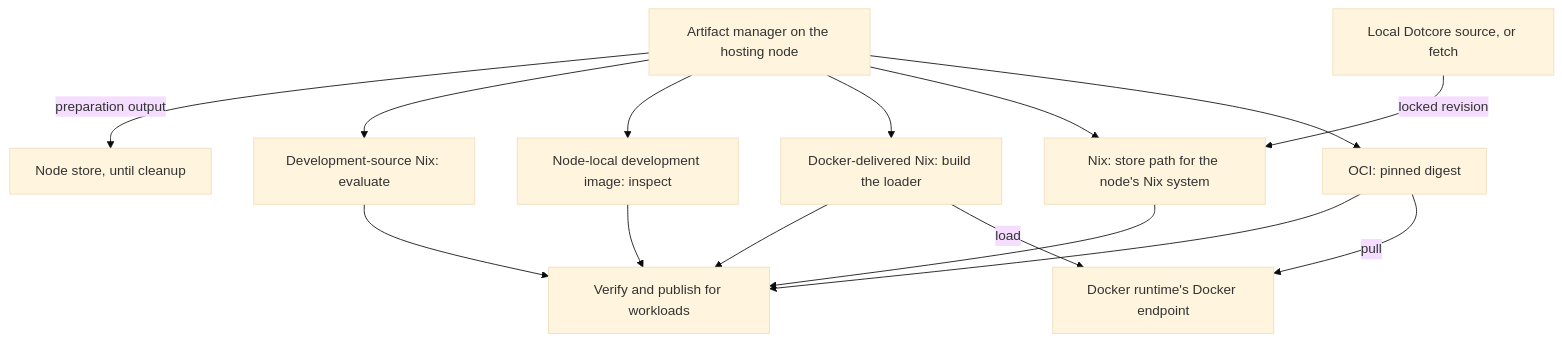
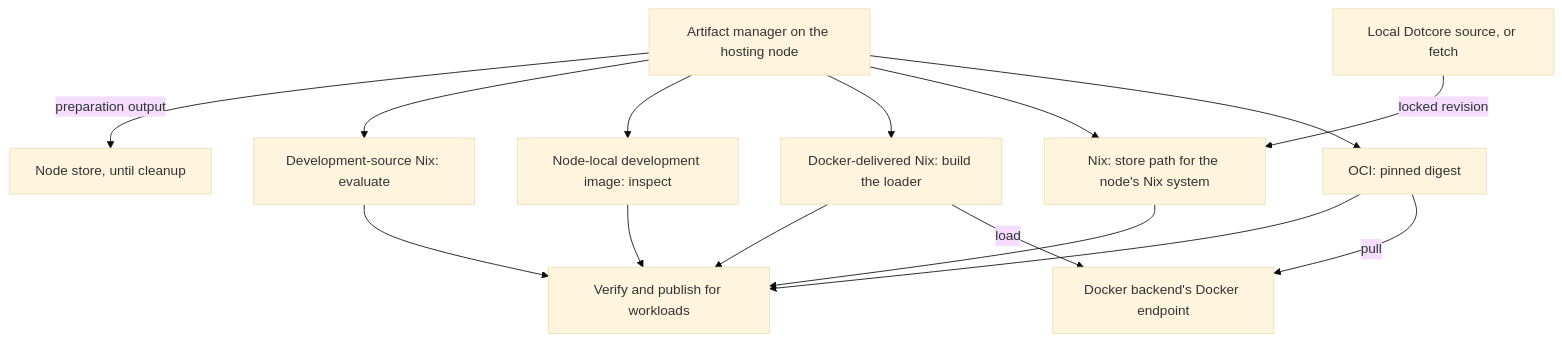
Before and after one commit to dotcoreai/dotcore: the second of 4 diagrams in docs/specs/storage.md, drawn with Mermaid (base theme). The commit also changed other lines of this file and 1 other file, not shown here.

Commit message:
docs(*): fix duplicates, names and gaps on the storage and runtime pages

````diff
--- a/docs/specs/storage.md
+++ b/docs/specs/storage.md
@@ -65,14 +63,14 @@
 ```mermaid
 flowchart TB
   AM["Artifact manager on the hosting node"]
   AM --> OCI["OCI: pinned digest"]
   AM --> NIX["Nix: store path for the node's Nix system"]
   AM --> DN["Docker-delivered Nix: build the loader"]
   AM --> DEVI["Node-local development image: inspect"]
   AM --> DEVN["Development-source Nix: evaluate"]
   SRC["Local Dotcore source, or fetch"] -->|"locked revision"| NIX
-  OCI -->|"pull"| DOCK["Docker runtime's Docker endpoint"]
+  OCI -->|"pull"| DOCK["Docker backend's Docker endpoint"]
   DN -->|"load"| DOCK
   OCI & NIX & DN & DEVI & DEVN --> VER["Verify and publish for workloads"]
   AM -->|"preparation output"| NS["Node store, until cleanup"]
 ```
````
